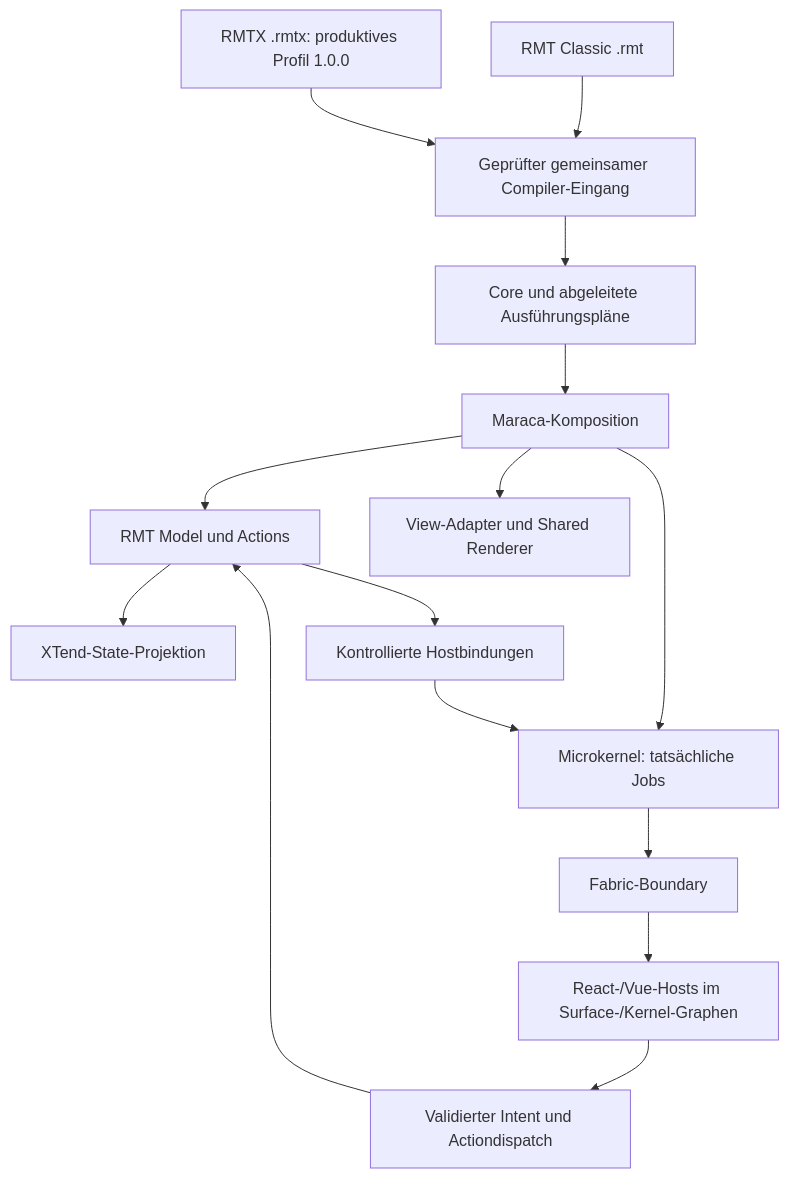
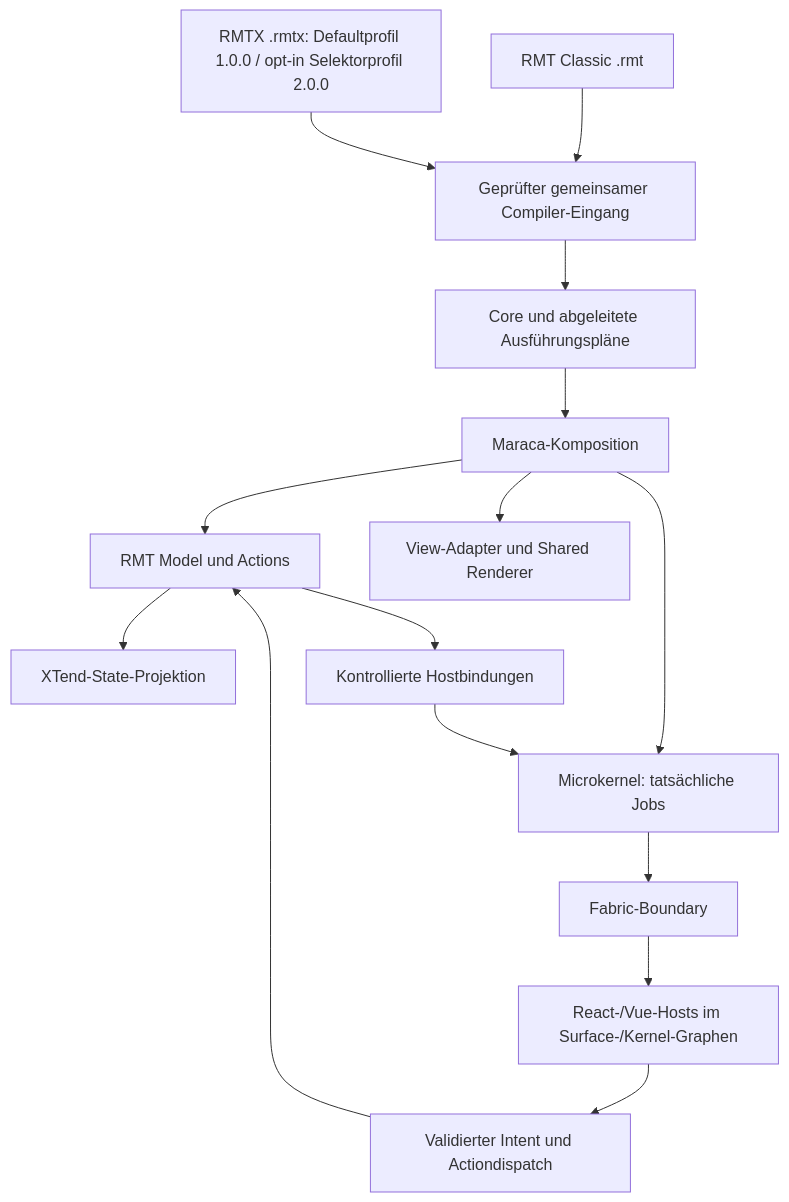
One commit to konnilabs/xtend changed the diagram in development/XTend-0.9-RMTX-und-XTensions-2.0-Bestandsaufnahme.md. Above: the diagram before and after it, drawn with Mermaid. The commit also changed other lines of this file and 86 other files, not shown here.

````diff
--- a/development/XTend-0.9-RMTX-und-XTensions-2.0-Bestandsaufnahme.md
+++ b/development/XTend-0.9-RMTX-und-XTensions-2.0-Bestandsaufnahme.md
@@ -51,17 +51,17 @@
 ```mermaid
 flowchart TD
   Classic["RMT Classic .rmt"] --> AST["Geprüfter gemeinsamer Compiler-Eingang"]
-  RMTX["RMTX .rmtx: produktives Profil 1.0.0"] --> AST
+  RMTX["RMTX .rmtx: Defaultprofil 1.0.0 / opt-in Selektorprofil 2.0.0"] --> AST
   AST --> Plans["Core und abgeleitete Ausführungspläne"]
   Plans --> Maraca["Maraca-Komposition"]
   Maraca --> Model["RMT Model und Actions"]
   Model --> State["XTend-State-Projektion"]
   Model --> Binding["Kontrollierte Hostbindungen"]
   Maraca --> Kernel["Microkernel: tatsächliche Jobs"]
   Binding --> Kernel
   Kernel --> Fabric["Fabric-Boundary"]
   Fabric --> Hosts["React-/Vue-Hosts im Surface-/Kernel-Graphen"]
   Hosts --> Intent["Validierter Intent und Actiondispatch"]
   Intent --> Model
   Maraca --> View["View-Adapter und Shared Renderer"]
 ```
````
